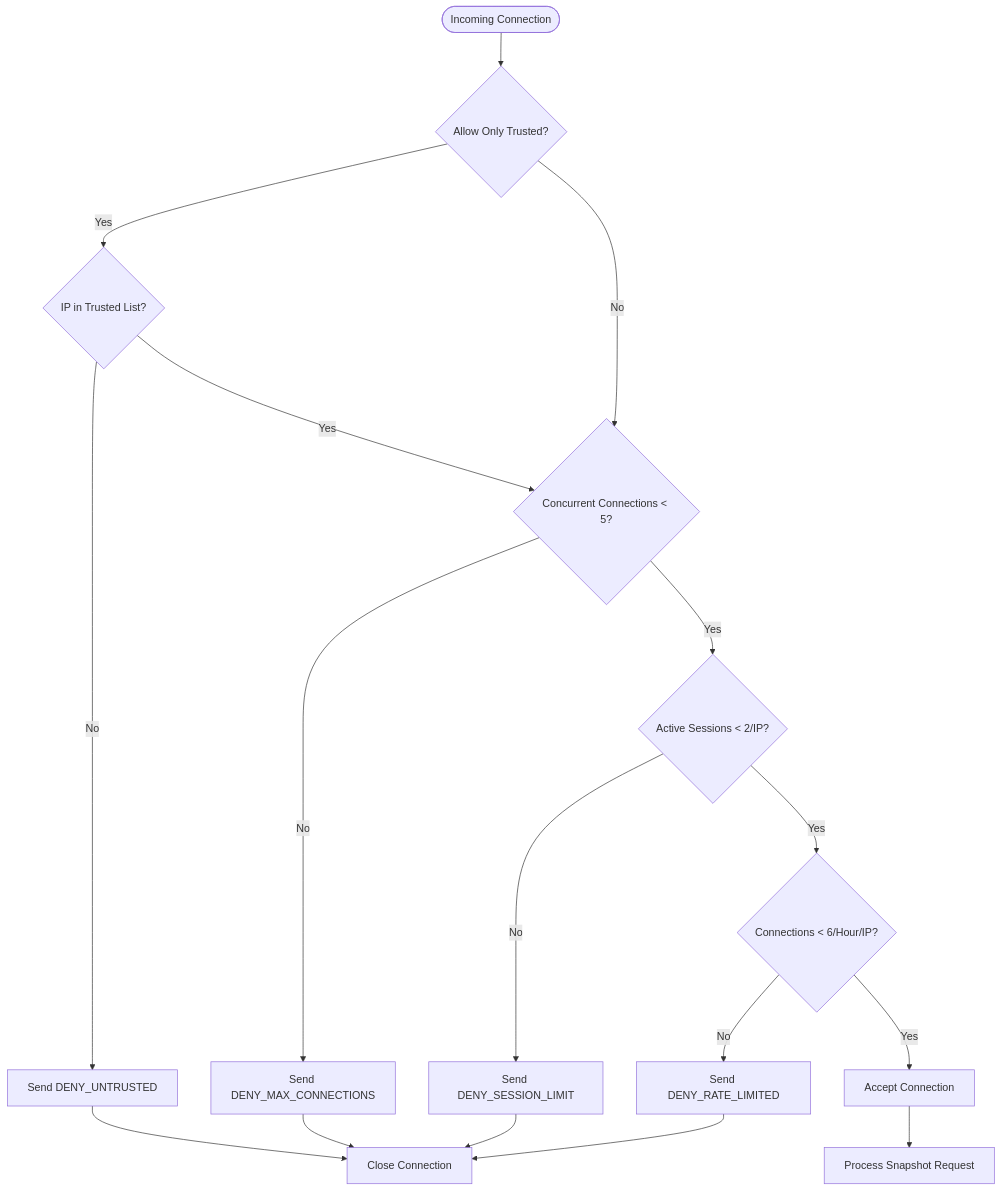
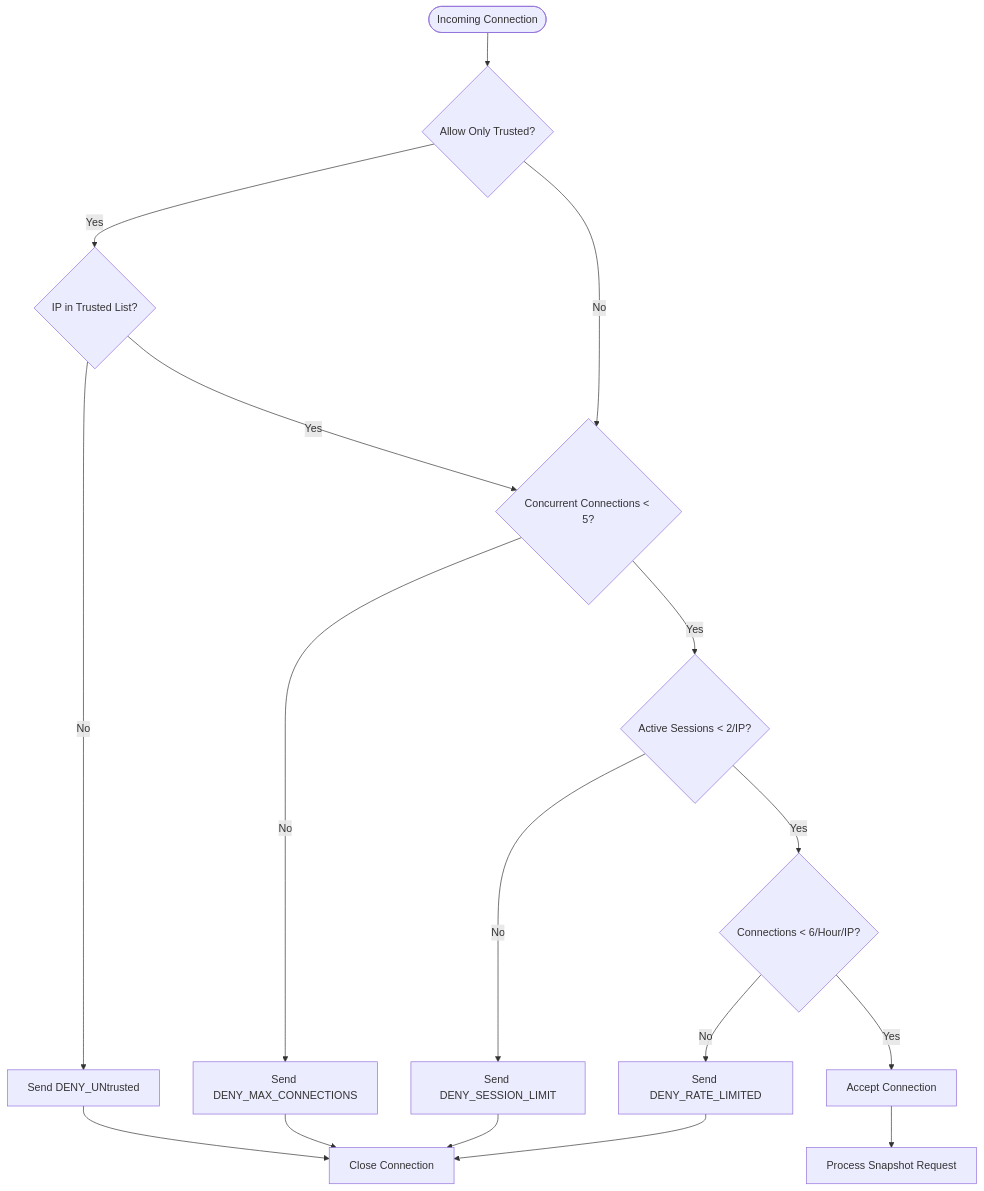
One commit to VIZ-Blockchain/viz-cpp-node changed diagram 17 of 19 in .qoder/repowiki/en/content/Plugin System/Snapshot Plugin System.md. Above: the diagram before and after it, drawn with Mermaid. The commit also changed other lines of this file and 6 other files, not shown here.

````diff
--- a/.qoder/repowiki/en/content/Plugin System/Snapshot Plugin System.md
+++ b/.qoder/repowiki/en/content/Plugin System/Snapshot Plugin System.md
@@ -907,19 +911,19 @@
 ```mermaid
 flowchart TD
 Start([Incoming Connection]) --> CheckTrust{"Allow Only Trusted?"}
 CheckTrust --> |Yes| ValidateTrust{"IP in Trusted List?"}
 CheckTrust --> |No| CheckConcurrent{"Concurrent Connections < 5?"}
-ValidateTrust --> |No| DenyUntrusted["Send DENY_UNTRUSTED"]
+ValidateTrust --> |No| DenyUntrusted["Send DENY_UNtrusted"]
 ValidateTrust --> |Yes| CheckConcurrent
 CheckConcurrent --> |No| DenyMaxConnections["Send DENY_MAX_CONNECTIONS"]
 CheckConcurrent --> |Yes| CheckSession{"Active Sessions < 2/IP?"}
 CheckSession --> |No| DenySessionLimit["Send DENY_SESSION_LIMIT"]
 CheckSession --> |Yes| CheckRate{"Connections < 6/Hour/IP?"}
 CheckRate --> |No| DenyRateLimited["Send DENY_RATE_LIMITED"]
 CheckRate --> |Yes| Accept["Accept Connection"]
 DenyUntrusted --> Close["Close Connection"]
 DenyMaxConnections --> Close
 DenySessionLimit --> Close
 DenyRateLimited --> Close
 Accept --> Process["Process Snapshot Request"]
 ```
````
